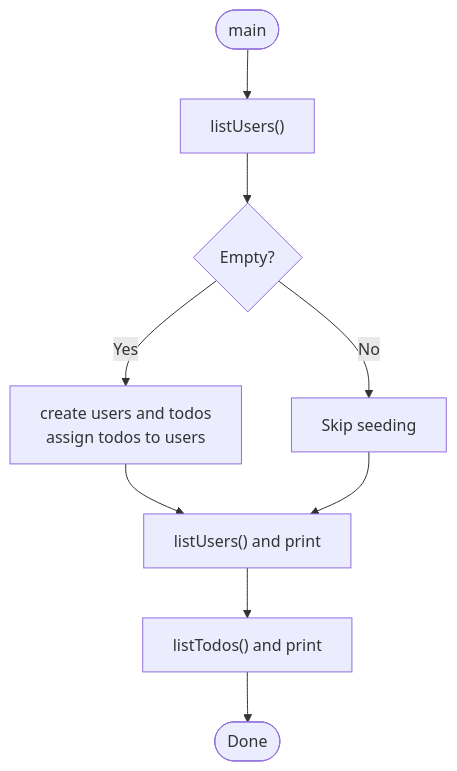
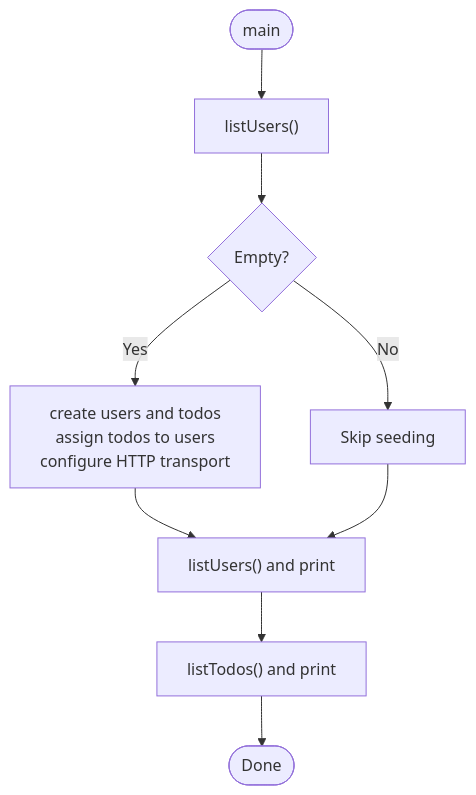
One commit to cdavis-code/easy_mcp_workspace changed the seventh of 8 diagrams in .qoder/repowiki/en/content/Example Implementation/Example Implementation.md. Above: the diagram before and after it, drawn with Mermaid. The commit also changed other lines of this file and 14 other files, not shown here.

````diff
--- a/.qoder/repowiki/en/content/Example Implementation/Example Implementation.md
+++ b/.qoder/repowiki/en/content/Example Implementation/Example Implementation.md
@@ -305,11 +329,11 @@
 ```mermaid
 flowchart TD
 Start(["main"]) --> Check["listUsers()"]
 Check --> Empty{"Empty?"}
-Empty --> |Yes| Seed["create users and todos<br/>assign todos to users"]
+Empty --> |Yes| Seed["create users and todos<br/>assign todos to users<br/>configure HTTP transport"]
 Empty --> |No| Skip["Skip seeding"]
 Seed --> ListUsers["listUsers() and print"]
 Skip --> ListUsers
 ListUsers --> ListTodos["listTodos() and print"]
 ListTodos --> End(["Done"])
 ```
````
